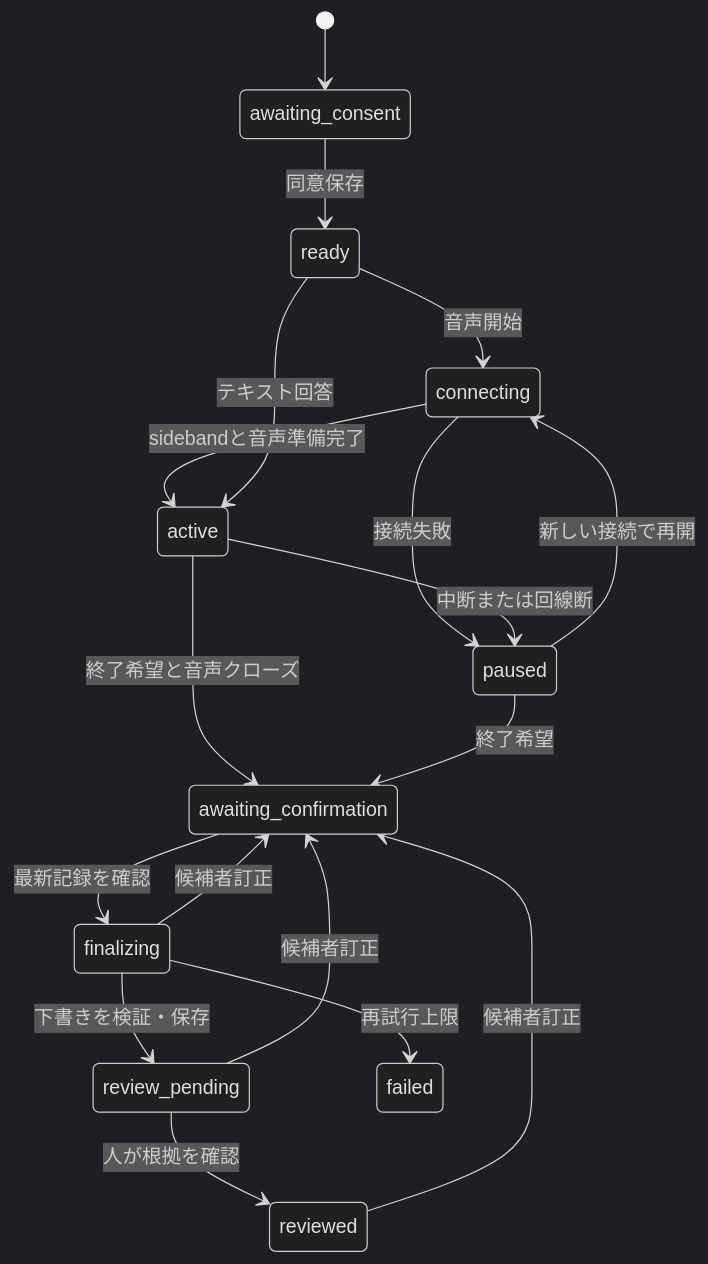
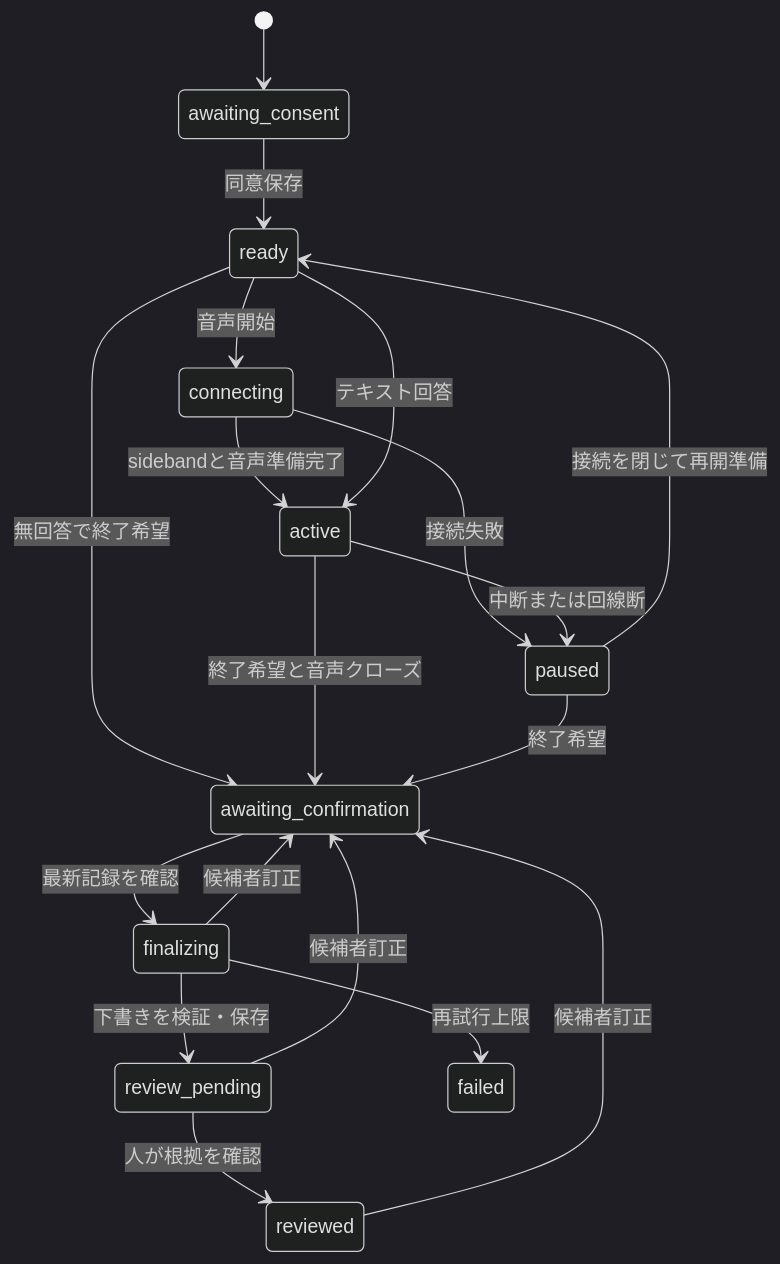
One commit to pupuchan1/Creative-Destruction-Project changed the second of 2 diagrams in docs/02-architecture.md. Above: the diagram before and after it, drawn with Mermaid (dark theme). The commit also changed other lines of this file and 34 other files, not shown here.

````diff
--- a/docs/02-architecture.md
+++ b/docs/02-architecture.md
@@ -46,20 +46,21 @@
 ```mermaid
 stateDiagram-v2
   [*] --> awaiting_consent
   awaiting_consent --> ready: 同意保存
   ready --> connecting: 音声開始
   connecting --> active: sidebandと音声準備完了
   connecting --> paused: 接続失敗
   active --> paused: 中断または回線断
-  paused --> connecting: 新しい接続で再開
+  paused --> ready: 接続を閉じて再開準備
   ready --> active: テキスト回答
+  ready --> awaiting_confirmation: 無回答で終了希望
   active --> awaiting_confirmation: 終了希望と音声クローズ
   paused --> awaiting_confirmation: 終了希望
   awaiting_confirmation --> finalizing: 最新記録を確認
   finalizing --> review_pending: 下書きを検証・保存
   finalizing --> failed: 再試行上限
   finalizing --> awaiting_confirmation: 候補者訂正
   review_pending --> reviewed: 人が根拠を確認
   review_pending --> awaiting_confirmation: 候補者訂正
   reviewed --> awaiting_confirmation: 候補者訂正
 ```
````
